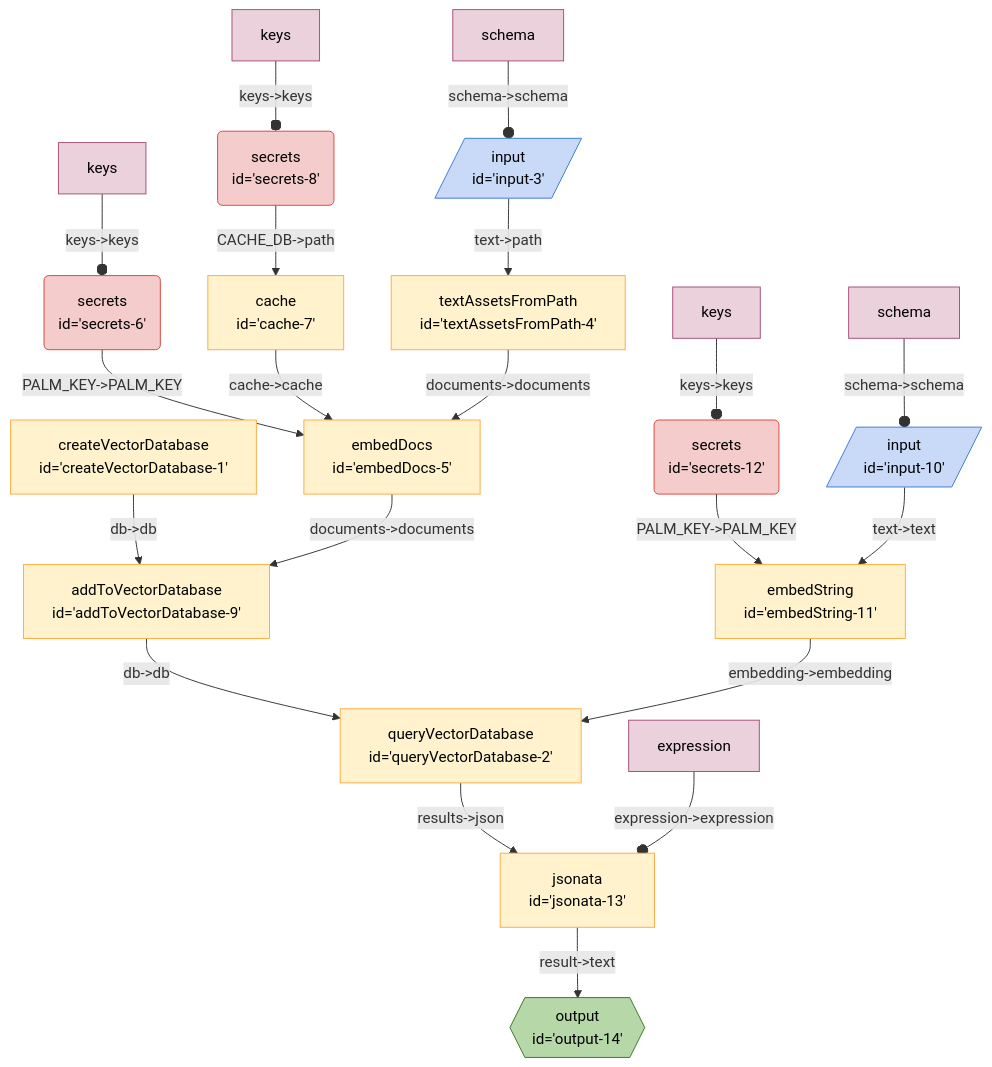
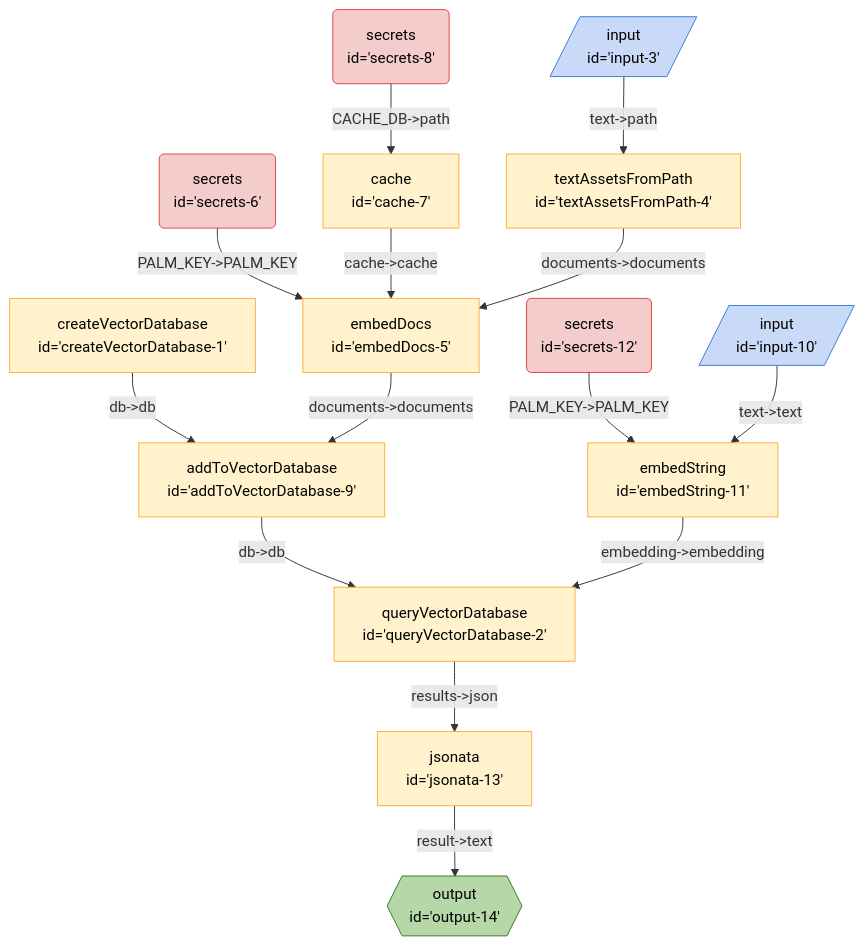
The diagram in seeds/graph-playground/docs/graphs/find-file-by-similarity.md (breadboard-ai/breadboard), drawn with Mermaid before and after one commit. The commit also changed 30 other files, not shown here.

````diff
--- a/seeds/graph-playground/docs/graphs/find-file-by-similarity.md
+++ b/seeds/graph-playground/docs/graphs/find-file-by-similarity.md
@@ -5,31 +5,25 @@
   ```mermaid
   %%{init: 'themeVariables': { 'fontFamily': 'Fira Code, monospace' }}%%
 graph TD;
 secrets6("secrets <br> id='secrets-6'"):::secrets -- "PALM_KEY->PALM_KEY" --> embedDocs5["embedDocs <br> id='embedDocs-5'"]
 secrets8("secrets <br> id='secrets-8'"):::secrets -- "CACHE_DB->path" --> cache7["cache <br> id='cache-7'"]
 cache7["cache <br> id='cache-7'"] -- "cache->cache" --> embedDocs5["embedDocs <br> id='embedDocs-5'"]
 createVectorDatabase1["createVectorDatabase <br> id='createVectorDatabase-1'"] -- "db->db" --> addToVectorDatabase9["addToVectorDatabase <br> id='addToVectorDatabase-9'"]
 addToVectorDatabase9["addToVectorDatabase <br> id='addToVectorDatabase-9'"] -- "db->db" --> queryVectorDatabase2["queryVectorDatabase <br> id='queryVectorDatabase-2'"]
 embedDocs5["embedDocs <br> id='embedDocs-5'"] -- "documents->documents" --> addToVectorDatabase9["addToVectorDatabase <br> id='addToVectorDatabase-9'"]
 textAssetsFromPath4["textAssetsFromPath <br> id='textAssetsFromPath-4'"] -- "documents->documents" --> embedDocs5["embedDocs <br> id='embedDocs-5'"]
 input3[/"input <br> id='input-3'"/]:::input -- "text->path" --> textAssetsFromPath4["textAssetsFromPath <br> id='textAssetsFromPath-4'"]
 secrets12("secrets <br> id='secrets-12'"):::secrets -- "PALM_KEY->PALM_KEY" --> embedString11["embedString <br> id='embedString-11'"]
 jsonata13["jsonata <br> id='jsonata-13'"] -- "result->text" --> output14{{"output <br> id='output-14'"}}:::output
 queryVectorDatabase2["queryVectorDatabase <br> id='queryVectorDatabase-2'"] -- "results->json" --> jsonata13["jsonata <br> id='jsonata-13'"]
 embedString11["embedString <br> id='embedString-11'"] -- "embedding->embedding" --> queryVectorDatabase2["queryVectorDatabase <br> id='queryVectorDatabase-2'"]
 input10[/"input <br> id='input-10'"/]:::input -- "text->text" --> embedString11["embedString <br> id='embedString-11'"]
-schemainput3[schema]:::config -- "schema->schema" --o input3
-keyssecrets6[keys]:::config -- "keys->keys" --o secrets6
-keyssecrets8[keys]:::config -- "keys->keys" --o secrets8
-schemainput10[schema]:::config -- "schema->schema" --o input10
-keyssecrets12[keys]:::config -- "keys->keys" --o secrets12
-expressionjsonata13[expression]:::config -- "expression->expression" --o jsonata13
 classDef default stroke:#ffab40,fill:#fff2ccff,color:#000
 classDef input stroke:#3c78d8,fill:#c9daf8ff,color:#000
 classDef output stroke:#38761d,fill:#b6d7a8ff,color:#000
 classDef passthrough stroke:#a64d79,fill:#ead1dcff,color:#000
 classDef slot stroke:#a64d79,fill:#ead1dcff,color:#000
 classDef config stroke:#a64d79,fill:#ead1dcff,color:#000
 classDef secrets stroke:#db4437,fill:#f4cccc,color:#000
 classDef slotted stroke:#a64d79
   ```
````
